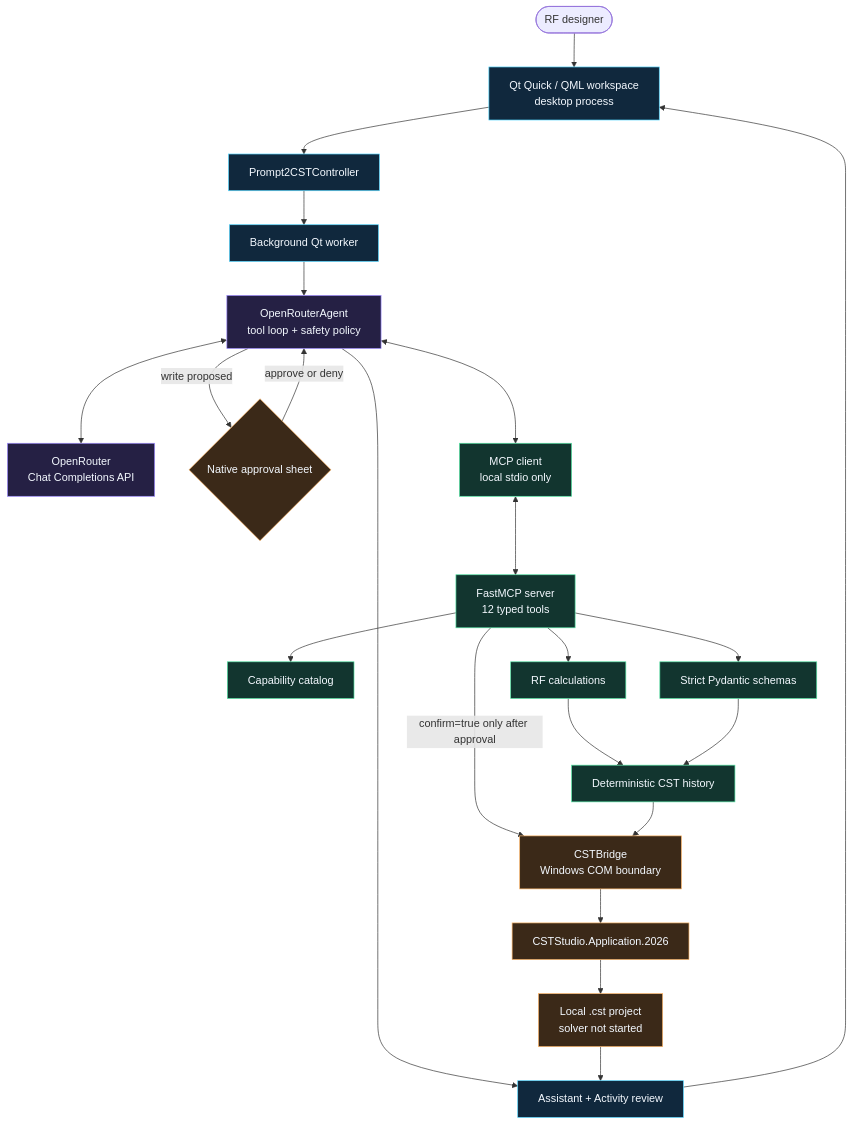
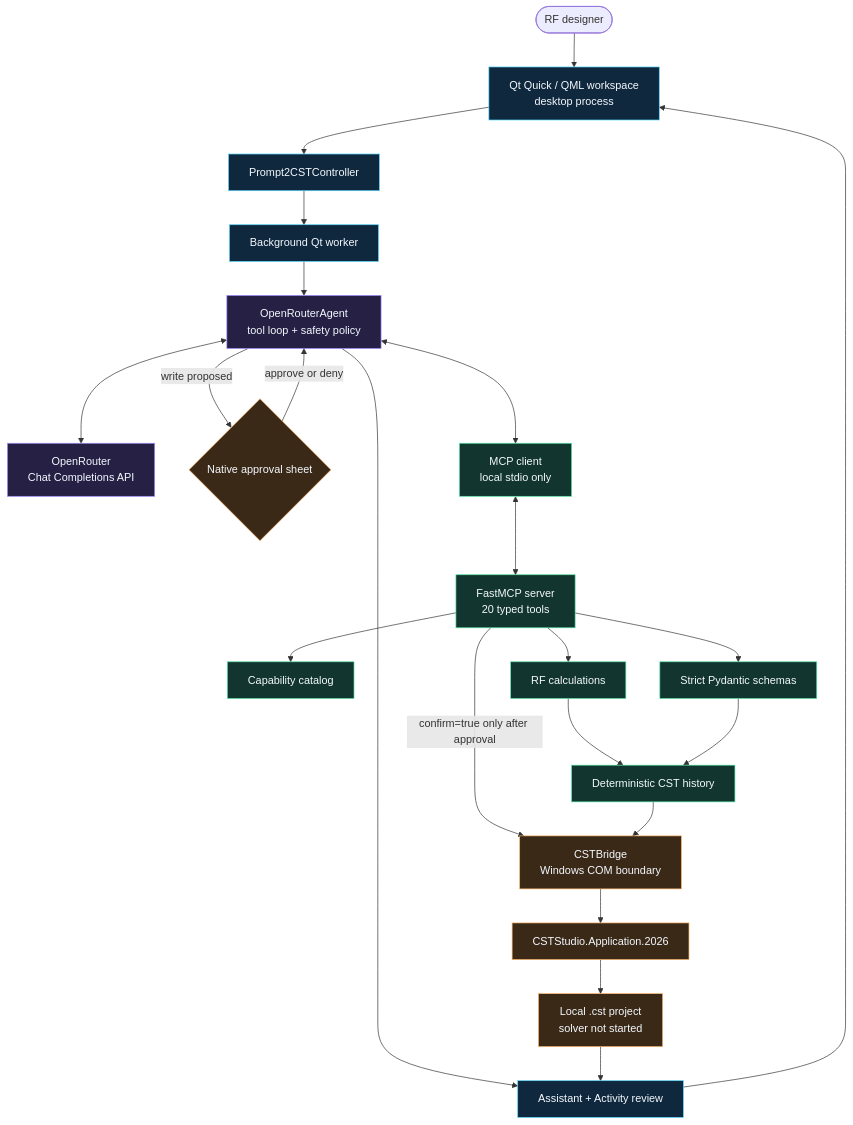
One commit to Mithunjagan/Prompt2CST changed the second of 6 diagrams in README.md. Above: the diagram before and after it, drawn with Mermaid. The commit also changed other lines of this file and 60 other files, not shown here.

````diff
--- a/README.md
+++ b/README.md
@@ -547,45 +585,45 @@
 ```mermaid
 flowchart TB
     User(["RF designer"])
     QML["Qt Quick / QML workspace<br/>desktop process"]
     Controller["Prompt2CSTController"]
     Worker["Background Qt worker"]
     Agent["OpenRouterAgent<br/>tool loop + safety policy"]
     OR["OpenRouter<br/>Chat Completions API"]
     Approval{"Native approval sheet"}
     Review["Assistant + Activity review"]
     Client["MCP client<br/>local stdio only"]
-    Server["FastMCP server<br/>12 typed tools"]
+    Server["FastMCP server<br/>20 typed tools"]
     Catalog["Capability catalog"]
     Design["RF calculations"]
     Schema["Strict Pydantic schemas"]
     Macros["Deterministic CST history"]
     Bridge["CSTBridge<br/>Windows COM boundary"]
     COM["CSTStudio.Application.2026"]
     Project["Local .cst project<br/>solver not started"]
 
     User --> QML --> Controller --> Worker --> Agent
     Agent <--> OR
     Agent <--> Client <--> Server
     Agent -->|"write proposed"| Approval
     Approval -->|"approve or deny"| Agent
     Agent --> Review --> QML
 
     Server --> Catalog
     Server --> Design
     Server --> Schema
     Design --> Macros
     Schema --> Macros
     Server -->|"confirm=true only after approval"| Bridge
     Macros --> Bridge --> COM --> Project
     Project --> Review
 
     classDef ui fill:#10283d,stroke:#55d7ff,color:#f4f9ff;
     classDef ai fill:#252044,stroke:#9e8cff,color:#f4f9ff;
     classDef safe fill:#12352f,stroke:#55e6a5,color:#f4f9ff;
     classDef write fill:#3b2918,stroke:#ffb86b,color:#f4f9ff;
     class QML,Controller,Worker,Review ui;
     class Agent,OR ai;
     class Client,Server,Catalog,Design,Schema,Macros safe;
     class Approval,Bridge,COM,Project write;
 ```
````
